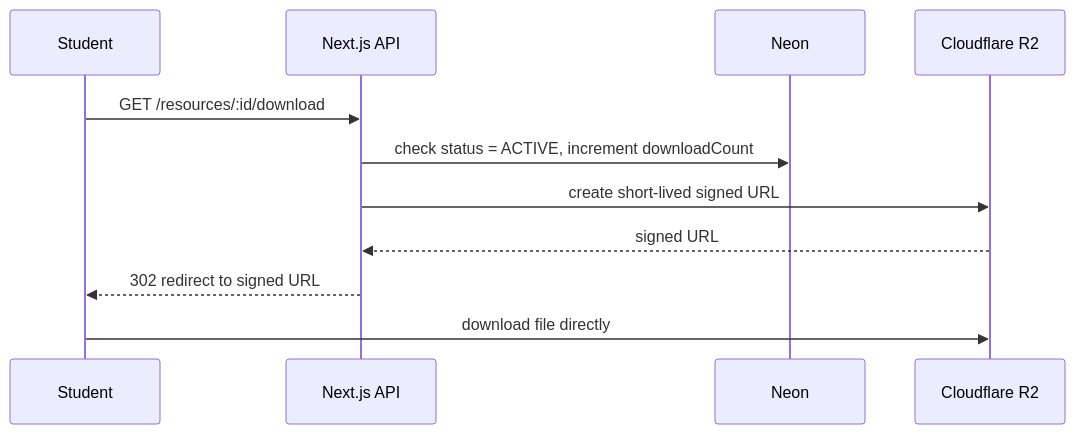
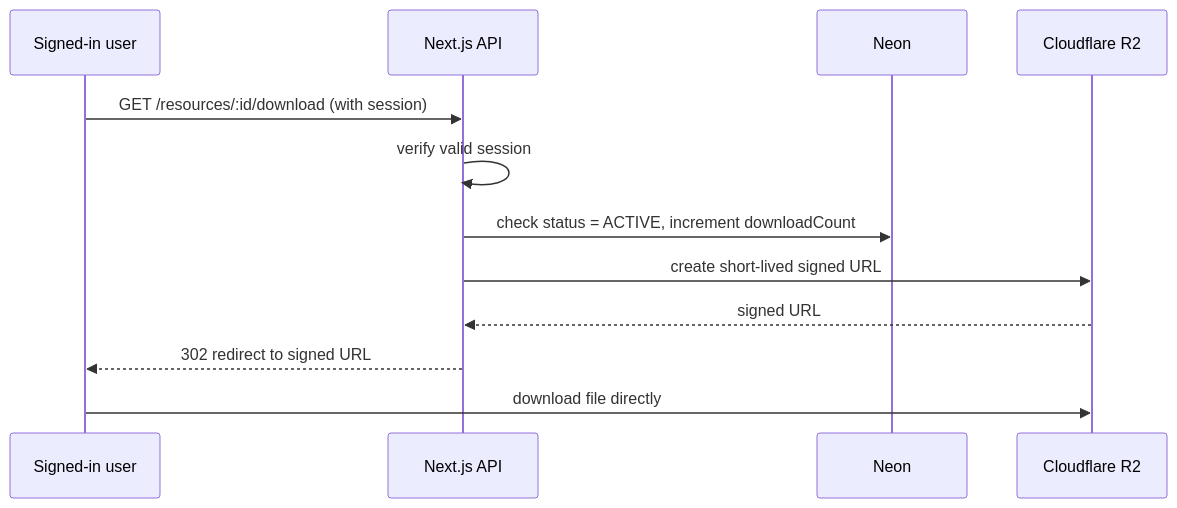
Before and after one commit to Memuna1Lukman/CS-project: the seventh of 7 diagrams in CS-Resource-Hub-Design.md, drawn with Mermaid. The commit also changed other lines of this file, not shown here.

````diff
--- a/CS-Resource-Hub-Design.md
+++ b/CS-Resource-Hub-Design.md
@@ -215,13 +259,14 @@
 ```mermaid
 sequenceDiagram
-    participant S as Student
+    participant U as Signed-in user
     participant API as Next.js API
     participant DB as Neon
     participant R2 as Cloudflare R2
-    S->>API: GET /resources/:id/download
+    U->>API: GET /resources/:id/download (with session)
+    API->>API: verify valid session
     API->>DB: check status = ACTIVE, increment downloadCount
     API->>R2: create short-lived signed URL
     R2-->>API: signed URL
-    API-->>S: 302 redirect to signed URL
-    S->>R2: download file directly
+    API-->>U: 302 redirect to signed URL
+    U->>R2: download file directly
 ```
````
